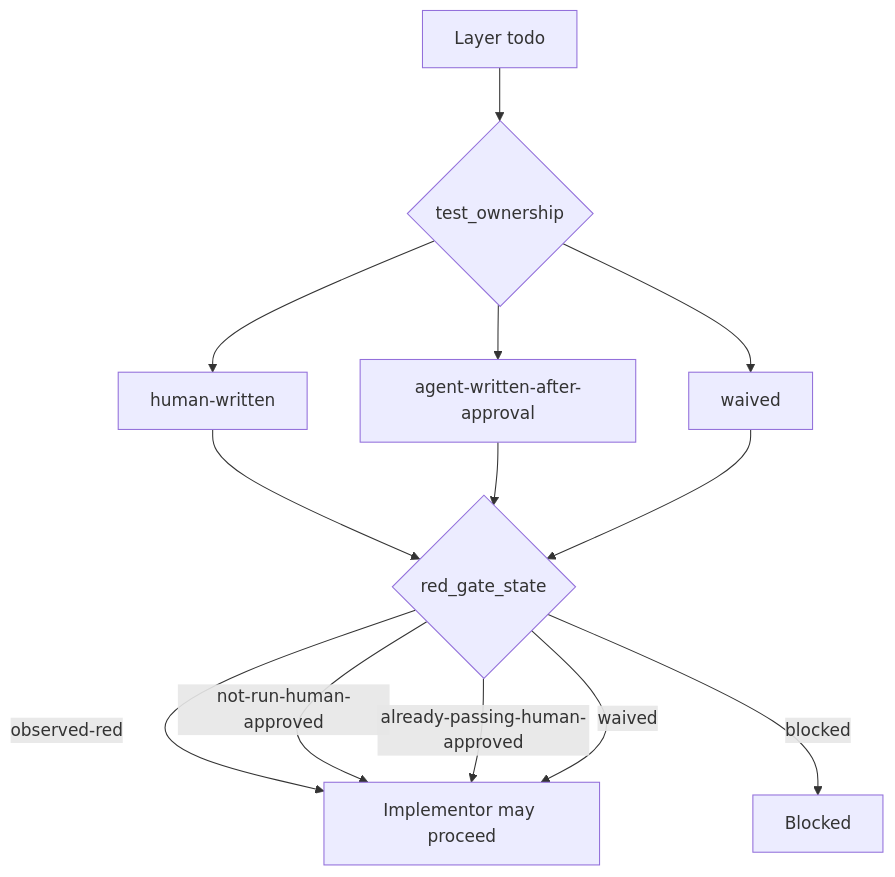
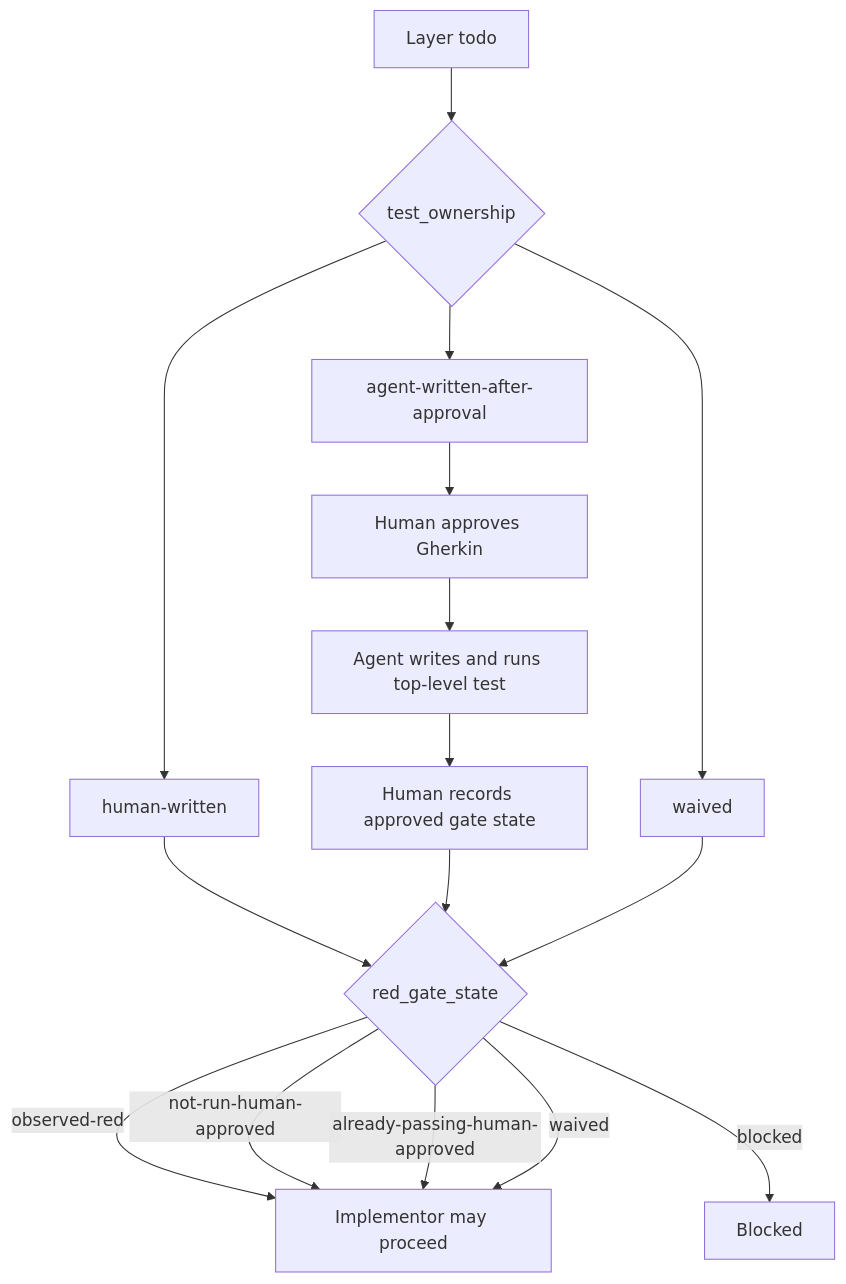
Before and after one commit to cdespona/gentle-ai-fork: the eighth of 15 diagrams in workflows/conductor/README.md, drawn with Mermaid. The commit also changed other lines of this file and 6 other files, not shown here.

Commit message:
feat: add agent test authoring and review workflow

````diff
--- a/workflows/conductor/README.md
+++ b/workflows/conductor/README.md
@@ -383,24 +383,27 @@
 ```mermaid
 flowchart TB
     Todo["Layer todo"]
     Ownership{"test_ownership"}
     HumanWritten["human-written"]
     AgentWritten["agent-written-after-approval"]
     Waived["waived"]
     RedState{"red_gate_state"}
     Allowed["Implementor may proceed"]
     Blocked["Blocked"]
 
     Todo --> Ownership
     Ownership --> HumanWritten
     Ownership --> AgentWritten
     Ownership --> Waived
     HumanWritten --> RedState
-    AgentWritten --> RedState
+    AgentWritten --> ApproveGherkin["Human approves Gherkin"]
+    ApproveGherkin --> AuthorTest["Agent writes and runs top-level test"]
+    AuthorTest --> ConfirmRed["Human records approved gate state"]
+    ConfirmRed --> RedState
     Waived --> RedState
     RedState -->|"observed-red"| Allowed
     RedState -->|"not-run-human-approved"| Allowed
     RedState -->|"already-passing-human-approved"| Allowed
     RedState -->|"waived"| Allowed
     RedState -->|"blocked"| Blocked
 ```
````
